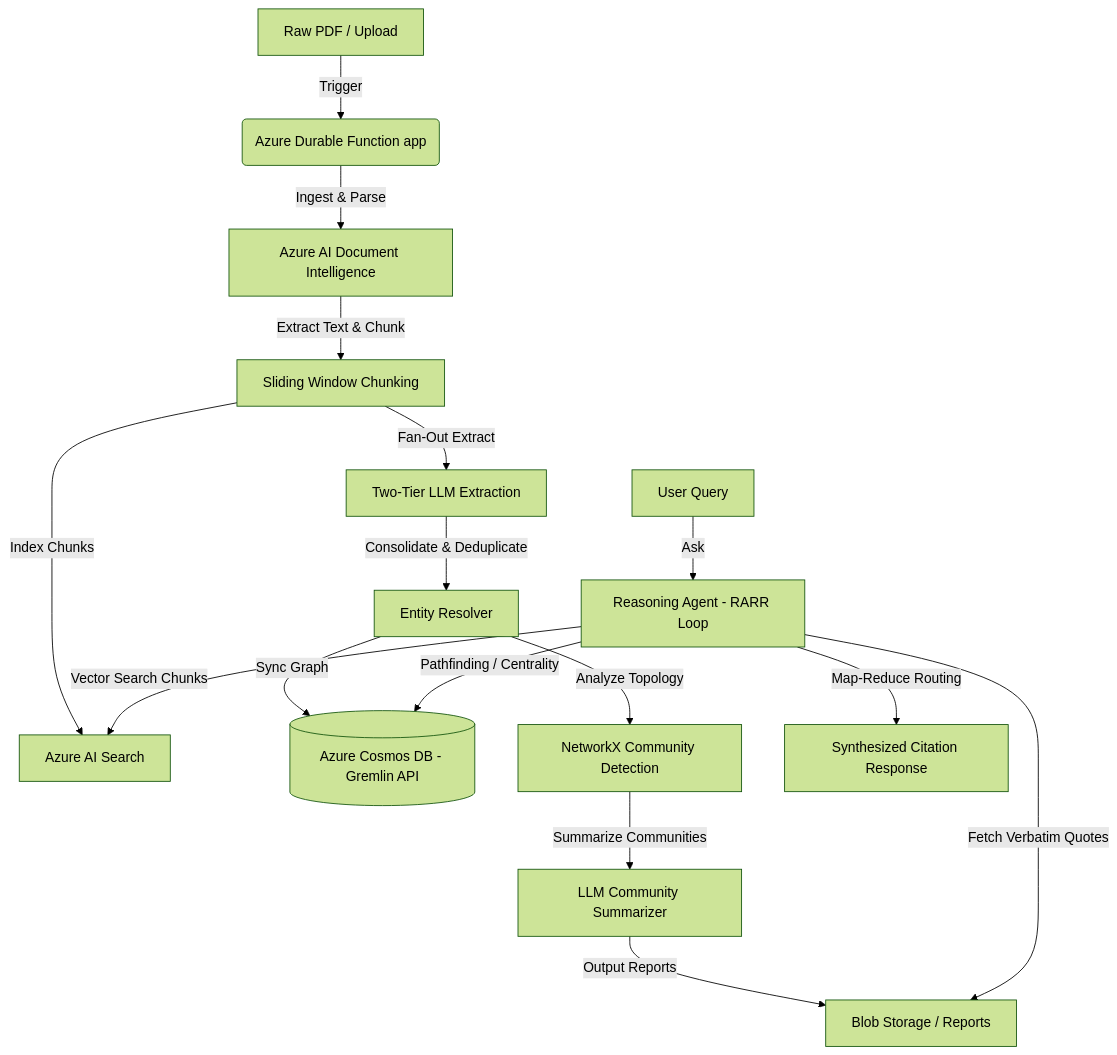
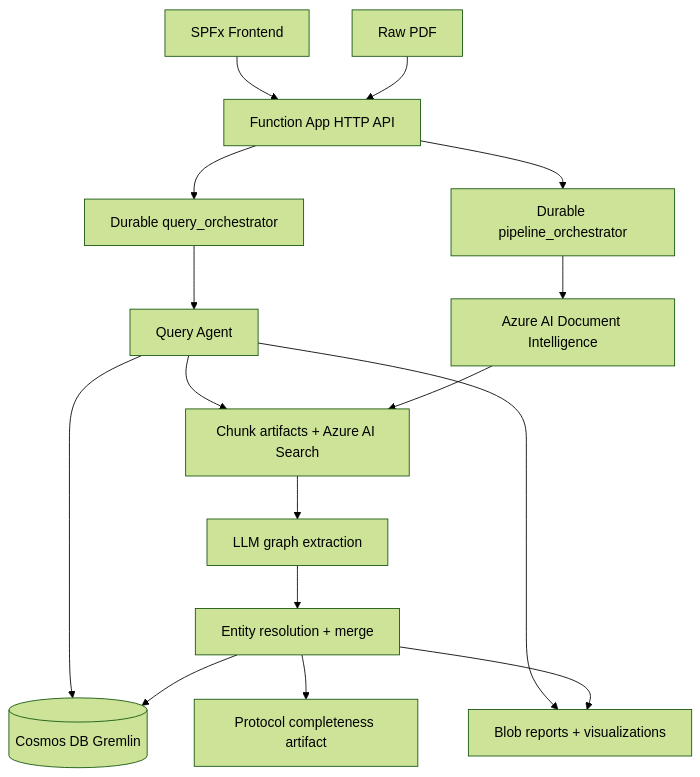
One commit to zvieli/MAG_Agent changed the diagram in README.md. Above: the diagram before and after it, drawn with Mermaid (forest theme). The commit also changed other lines of this file and 27 other files, not shown here.

First line of the commit message:
Refactor QueryAgent and State Management

````diff
--- a/README.md
+++ b/README.md
@@ -11,19 +15,19 @@
 ```mermaid
 graph TD
-    A[Raw PDF / Upload] -->|Trigger| B(Azure Durable Function app)
-    B -->|Ingest & Parse| C[Azure AI Document Intelligence]
-    C -->|Extract Text & Chunk| D[Sliding Window Chunking]
-    D -->|Index Chunks| E[Azure AI Search]
-    D -->|Fan-Out Extract| F[Two-Tier LLM Extraction]
-    F -->|Consolidate & Deduplicate| G[Entity Resolver]
-    G -->|Sync Graph| H[(Azure Cosmos DB - Gremlin API)]
-    G -->|Analyze Topology| I[NetworkX Community Detection]
-    I -->|Summarize Communities| J[LLM Community Summarizer]
-    J -->|Output Reports| K[Blob Storage / Reports]
-    
-    L[User Query] -->|Ask| M[Reasoning Agent - RARR Loop]
-    M -->|Pathfinding / Centrality| H
-    M -->|Vector Search Chunks| E
-    M -->|Fetch Verbatim Quotes| K
-    M -->|Map-Reduce Routing| N[Synthesized Citation Response]
+    PDF[Raw PDF] --> API[Function App HTTP API]
+    API --> ORCH[Durable pipeline_orchestrator]
+    ORCH --> DI[Azure AI Document Intelligence]
+    DI --> CHUNKS[Chunk artifacts + Azure AI Search]
+    CHUNKS --> LLM[LLM graph extraction]
+    LLM --> MERGE[Entity resolution + merge]
+    MERGE --> COSMOS[(Cosmos DB Gremlin)]
+    MERGE --> REPORTS[Blob reports + visualizations]
+    MERGE --> COMPLETE[Protocol completeness artifact]
+
+    UI[SPFx Frontend] --> API
+    API --> QUERY[Durable query_orchestrator]
+    QUERY --> AGENT[Query Agent]
+    AGENT --> COSMOS
+    AGENT --> CHUNKS
+    AGENT --> REPORTS
 ```
````
